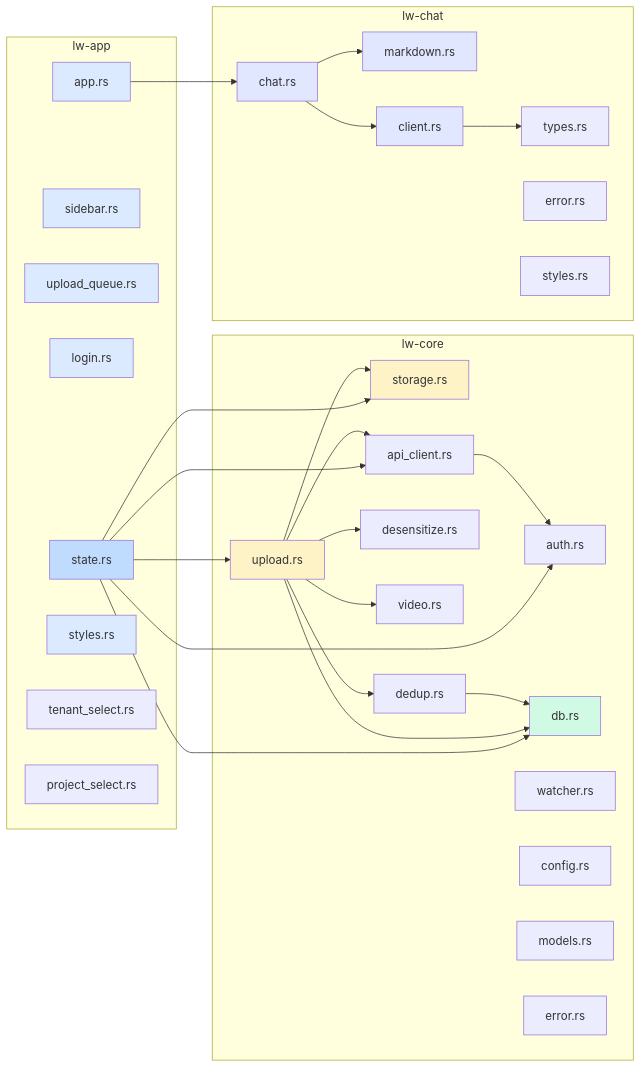
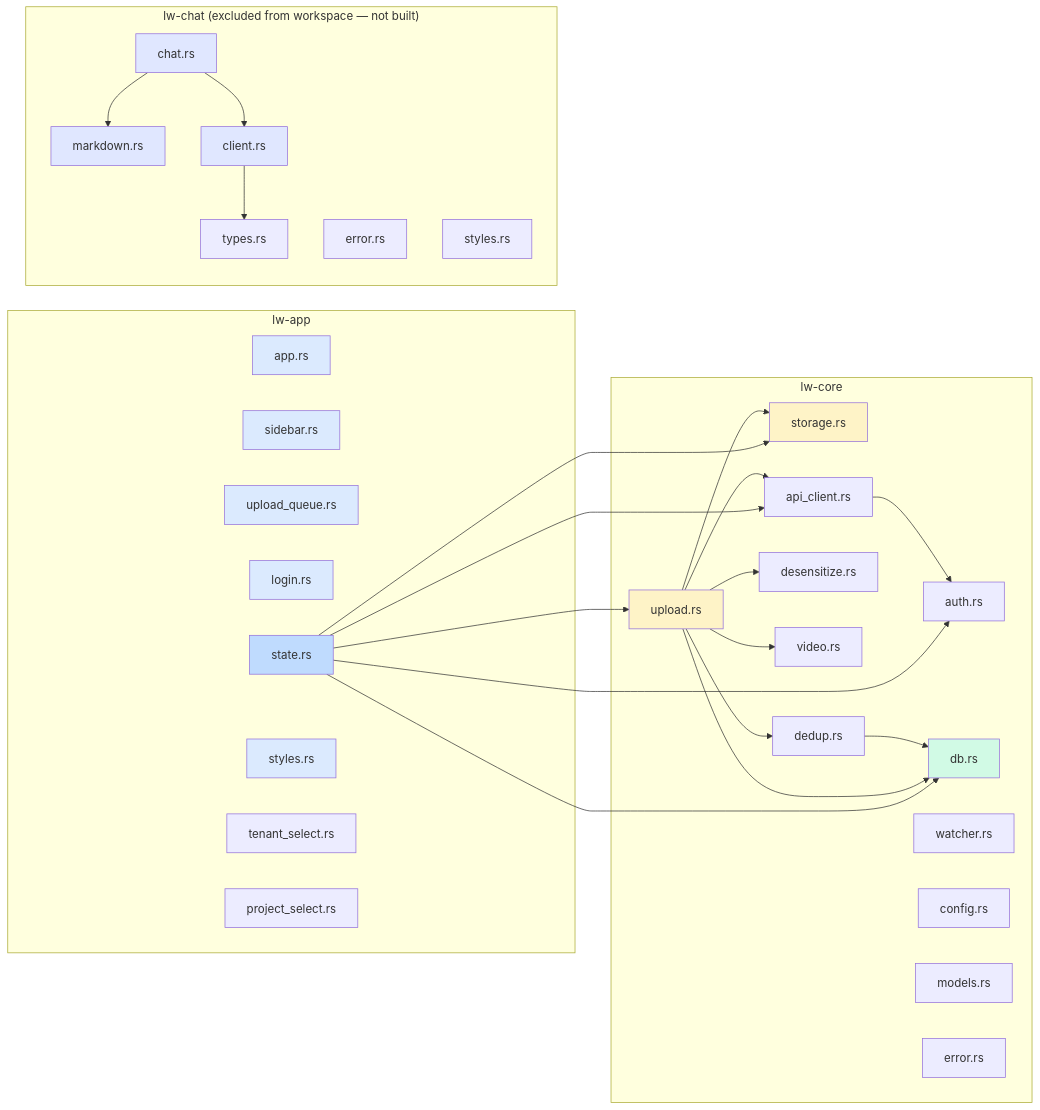
Before and after one commit to Vision-Nexus/linewise-desktop: the fourth of 4 diagrams in ARCHITECTURE.md, drawn with Mermaid. The commit also changed other lines of this file and 2 other files, not shown here.

First line of the commit message:
docs: align CLAUDE.md and docs with actual tech stack and architecture

````diff
--- a/ARCHITECTURE.md
+++ b/ARCHITECTURE.md
@@ -151,70 +150,69 @@
 ```mermaid
 graph LR
     subgraph "lw-app"
         A1[app.rs]
         A2[sidebar.rs]
         A3[upload_queue.rs]
         A4[login.rs]
         A5[state.rs]
         A6[styles.rs]
         A7[tenant_select.rs]
         A8[project_select.rs]
     end
 
-    subgraph "lw-chat"
+    subgraph "lw-chat (excluded from workspace — not built)"
         H1[chat.rs]
         H2[markdown.rs]
         H3[client.rs]
         H4[types.rs]
         H5[error.rs]
         H6[styles.rs]
     end
 
     subgraph "lw-core"
         C1[upload.rs]
         C2[storage.rs]
         C3[api_client.rs]
         C4[auth.rs]
         C5[db.rs]
         C6[desensitize.rs]
         C7[video.rs]
         C8[dedup.rs]
         C9[watcher.rs]
         C10[config.rs]
         C11[models.rs]
         C12[error.rs]
     end
 
-    A1 --> H1
     H1 --> H2
     H1 --> H3
     H3 --> H4
 
     A5 --> C1
     A5 --> C3
     A5 --> C4
     A5 --> C5
     A5 --> C2
 
     C1 --> C2
     C1 --> C3
     C1 --> C5
     C1 --> C6
     C1 --> C7
     C1 --> C8
     C3 --> C4
     C8 --> C5
 
     style A1 fill:#dbeafe
     style A2 fill:#dbeafe
     style A3 fill:#dbeafe
     style A4 fill:#dbeafe
     style A5 fill:#bfdbfe
     style A6 fill:#dbeafe
     style H1 fill:#e0e7ff
     style H2 fill:#e0e7ff
     style H3 fill:#e0e7ff
     style C1 fill:#fef3c7
     style C2 fill:#fef3c7
     style C5 fill:#d1fae5
 ```
````
